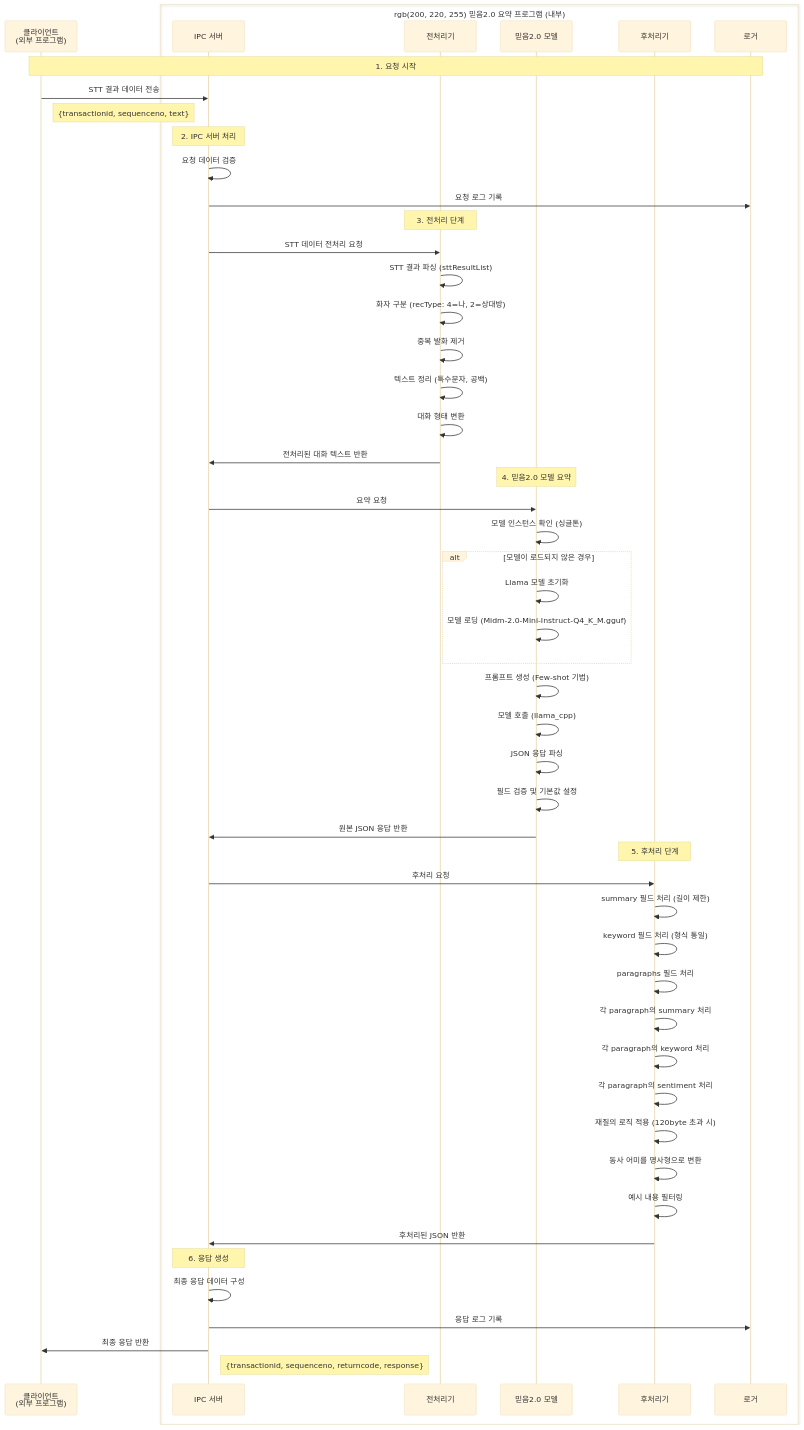
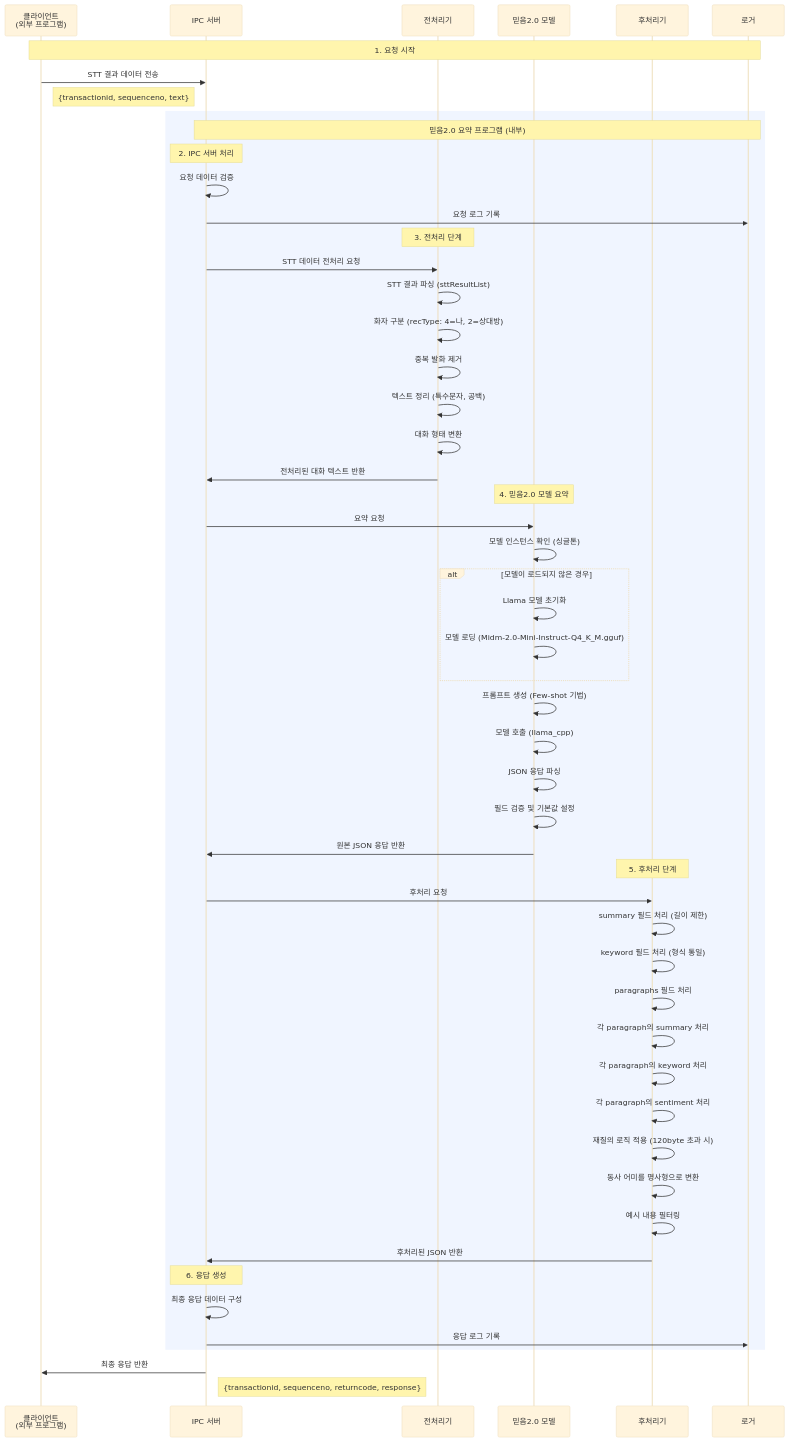
Before and after one commit to hak023/gemma-summarizer-poc: the first of 5 diagrams in sequence_diagram.md, drawn with Mermaid (base theme). The commit also changed other lines of this file and 1 other file, not shown here.

First line of the commit message:
GitHub 호환성을 위해 box rgb()를 rect rgb()로 변경

````diff
--- a/sequence_diagram.md
+++ b/sequence_diagram.md
@@ -5,61 +5,62 @@
 ```mermaid
 sequenceDiagram
     participant Client as 클라이언트<br/>(외부 프로그램)
     
-    box rgb(200, 220, 255) 믿음2.0 요약 프로그램 (내부)
-        participant IPC as IPC 서버
-        participant Preprocessor as 전처리기
-        participant Gemma as 믿음2.0 모델
-        participant Postprocessor as 후처리기
-        participant Logger as 로거
-    end
+    participant IPC as IPC 서버
+    participant Preprocessor as 전처리기
+    participant Gemma as 믿음2.0 모델
+    participant Postprocessor as 후처리기
+    participant Logger as 로거
 
     Note over Client,Logger: 1. 요청 시작
     Client->>IPC: STT 결과 데이터 전송
     Note right of Client: {transactionid, sequenceno, text}
     
-    Note over IPC: 2. IPC 서버 처리
-    IPC->>IPC: 요청 데이터 검증
-    IPC->>Logger: 요청 로그 기록
-    
-    Note over Preprocessor: 3. 전처리 단계
-    IPC->>Preprocessor: STT 데이터 전처리 요청
-    Preprocessor->>Preprocessor: STT 결과 파싱 (sttResultList)
-    Preprocessor->>Preprocessor: 화자 구분 (recType: 4=나, 2=상대방)
-    Preprocessor->>Preprocessor: 중복 발화 제거
-    Preprocessor->>Preprocessor: 텍스트 정리 (특수문자, 공백)
-    Preprocessor->>Preprocessor: 대화 형태 변환
-    Preprocessor->>IPC: 전처리된 대화 텍스트 반환
-    
-    Note over Gemma: 4. 믿음2.0 모델 요약
-    IPC->>Gemma: 요약 요청
-    Gemma->>Gemma: 모델 인스턴스 확인 (싱글톤)
-    alt 모델이 로드되지 않은 경우
-        Gemma->>Gemma: Llama 모델 초기화
-        Gemma->>Gemma: 모델 로딩 (Midm-2.0-Mini-Instruct-Q4_K_M.gguf)
+    rect rgb(240, 245, 255)
+        Note over IPC,Logger: 믿음2.0 요약 프로그램 (내부)
+        Note over IPC: 2. IPC 서버 처리
+        IPC->>IPC: 요청 데이터 검증
+        IPC->>Logger: 요청 로그 기록
+        
+        Note over Preprocessor: 3. 전처리 단계
+        IPC->>Preprocessor: STT 데이터 전처리 요청
+        Preprocessor->>Preprocessor: STT 결과 파싱 (sttResultList)
+        Preprocessor->>Preprocessor: 화자 구분 (recType: 4=나, 2=상대방)
+        Preprocessor->>Preprocessor: 중복 발화 제거
+        Preprocessor->>Preprocessor: 텍스트 정리 (특수문자, 공백)
+        Preprocessor->>Preprocessor: 대화 형태 변환
+        Preprocessor->>IPC: 전처리된 대화 텍스트 반환
+        
+        Note over Gemma: 4. 믿음2.0 모델 요약
+        IPC->>Gemma: 요약 요청
+        Gemma->>Gemma: 모델 인스턴스 확인 (싱글톤)
+        alt 모델이 로드되지 않은 경우
+            Gemma->>Gemma: Llama 모델 초기화
+            Gemma->>Gemma: 모델 로딩 (Midm-2.0-Mini-Instruct-Q4_K_M.gguf)
+        end
+        Gemma->>Gemma: 프롬프트 생성 (Few-shot 기법)
+        Gemma->>Gemma: 모델 호출 (llama_cpp)
+        Gemma->>Gemma: JSON 응답 파싱
+        Gemma->>Gemma: 필드 검증 및 기본값 설정
+        Gemma->>IPC: 원본 JSON 응답 반환
+        
+        Note over Postprocessor: 5. 후처리 단계
+        IPC->>Postprocessor: 후처리 요청
+        Postprocessor->>Postprocessor: summary 필드 처리 (길이 제한)
+        Postprocessor->>Postprocessor: keyword 필드 처리 (형식 통일)
+        Postprocessor->>Postprocessor: paragraphs 필드 처리
+        Postprocessor->>Postprocessor: 각 paragraph의 summary 처리
+        Postprocessor->>Postprocessor: 각 paragraph의 keyword 처리
+        Postprocessor->>Postprocessor: 각 paragraph의 sentiment 처리
+        Postprocessor->>Postprocessor: 재질의 로직 적용 (120byte 초과 시)
+        Postprocessor->>Postprocessor: 동사 어미를 명사형으로 변환
+        Postprocessor->>Postprocessor: 예시 내용 필터링
+        Postprocessor->>IPC: 후처리된 JSON 반환
+        
+        Note over IPC: 6. 응답 생성
+        IPC->>IPC: 최종 응답 데이터 구성
+        IPC->>Logger: 응답 로그 기록
     end
-    Gemma->>Gemma: 프롬프트 생성 (Few-shot 기법)
-    Gemma->>Gemma: 모델 호출 (llama_cpp)
-    Gemma->>Gemma: JSON 응답 파싱
-    Gemma->>Gemma: 필드 검증 및 기본값 설정
-    Gemma->>IPC: 원본 JSON 응답 반환
-    
-    Note over Postprocessor: 5. 후처리 단계
-    IPC->>Postprocessor: 후처리 요청
-    Postprocessor->>Postprocessor: summary 필드 처리 (길이 제한)
-    Postprocessor->>Postprocessor: keyword 필드 처리 (형식 통일)
-    Postprocessor->>Postprocessor: paragraphs 필드 처리
-    Postprocessor->>Postprocessor: 각 paragraph의 summary 처리
-    Postprocessor->>Postprocessor: 각 paragraph의 keyword 처리
-    Postprocessor->>Postprocessor: 각 paragraph의 sentiment 처리
-    Postprocessor->>Postprocessor: 재질의 로직 적용 (120byte 초과 시)
-    Postprocessor->>Postprocessor: 동사 어미를 명사형으로 변환
-    Postprocessor->>Postprocessor: 예시 내용 필터링
-    Postprocessor->>IPC: 후처리된 JSON 반환
-    
-    Note over IPC: 6. 응답 생성
-    IPC->>IPC: 최종 응답 데이터 구성
-    IPC->>Logger: 응답 로그 기록
     IPC->>Client: 최종 응답 반환
     Note right of IPC: {transactionid, sequenceno, returncode, response}
 ```
````
